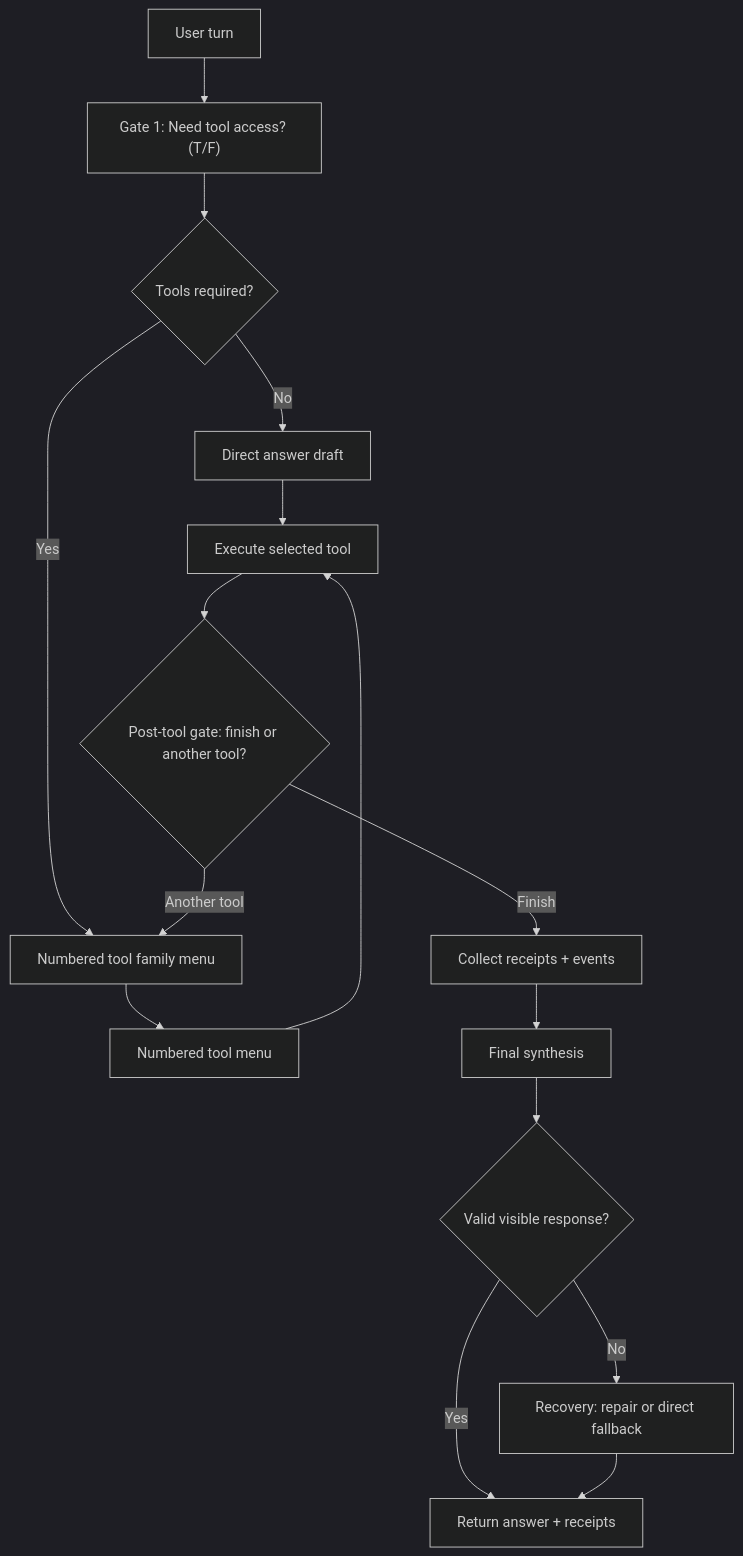
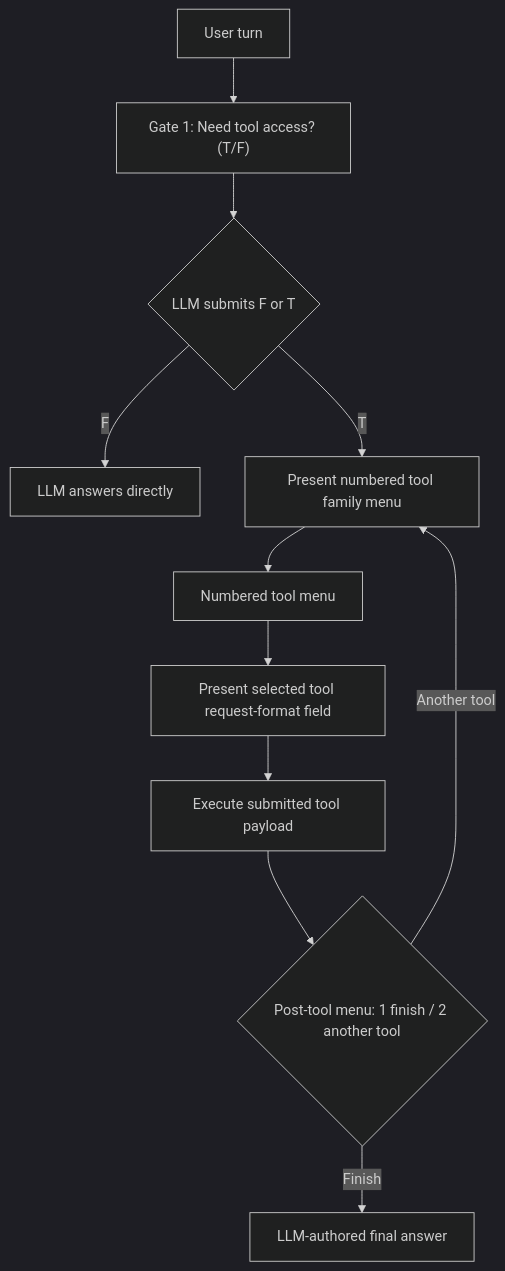
Before and after one commit to jakerslam/protheus: the first of 4 diagrams in docs/workspace/orchestration_workflow_maps.md, drawn with Mermaid (dark theme). The commit also changed other lines of this file and 258 other files, not shown here.

````diff
--- a/docs/workspace/orchestration_workflow_maps.md
+++ b/docs/workspace/orchestration_workflow_maps.md
@@ -9,18 +11,13 @@
 ```mermaid
 flowchart TD
     A[User turn] --> B["Gate 1: Need tool access? (T/F)"]
-    B --> C{Tools required?}
-    C -->|No| D[Direct answer draft]
-    C -->|Yes| E[Numbered tool family menu]
+    B --> C{"LLM submits F or T"}
+    C -->|F| D[LLM answers directly]
+    C -->|T| E[Present numbered tool family menu]
     E --> F[Numbered tool menu]
-    F --> G[Execute selected tool]
-    G --> H{"Post-tool gate: finish or another tool?"}
-    H -->|Another tool| E
-    H -->|Finish| I[Collect receipts + events]
-    D --> G
-    I --> J[Final synthesis]
-    J --> K{Valid visible response?}
-    K -->|Yes| L[Return answer + receipts]
-    K -->|No| M[Recovery: repair or direct fallback]
-    M --> L
+    F --> G[Present selected tool request-format field]
+    G --> H[Execute submitted tool payload]
+    H --> I{"Post-tool menu: 1 finish / 2 another tool"}
+    I -->|Another tool| E
+    I -->|Finish| J[LLM-authored final answer]
 ```
````
